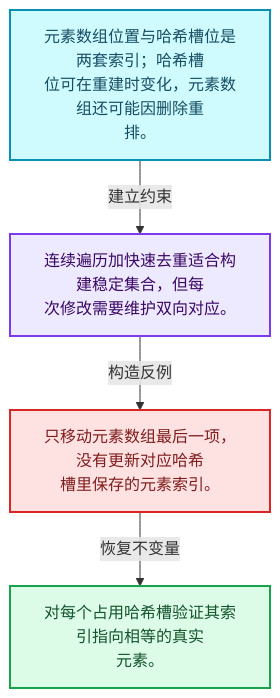
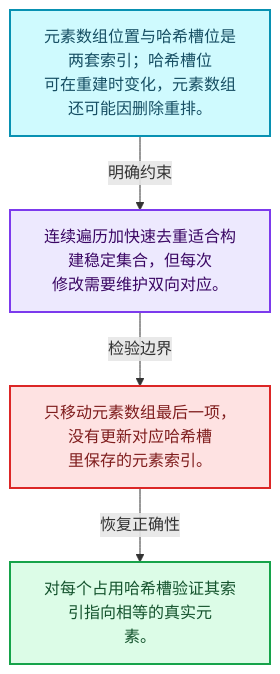
Before and after one commit to yunkezengren/blender-.vscode: the first of 4 diagrams in 杂/markdown/全面学习-codex/01-基础容器与现代CPP/14-VectorSet稳定索引与去重.md, drawn with Mermaid. The commit also changed other lines of this file and 1930 other files, not shown here.

````diff
--- a/杂/markdown/全面学习-codex/01-基础容器与现代CPP/14-VectorSet稳定索引与去重.md
+++ b/杂/markdown/全面学习-codex/01-基础容器与现代CPP/14-VectorSet稳定索引与去重.md
@@ -29,16 +29,16 @@
 ```mermaid
 flowchart TB
-  M["元素数组位置与哈希槽位是两套索引；哈希槽<br/>位可在重建时变化，元素数组还可能因删除重<br/>排。"]:::data
-  T["连续遍历加快速去重适合构建稳定集合，但每<br/>次修改需要维护双向对应。"]:::abstraction
-  X["只移动元素数组最后一项，没有更新对应哈希<br/>槽里保存的元素索引。"]:::error
-  A["对每个占用哈希槽验证其索引指向相等的真实<br/>元素。"]:::result
-  M -->|"建立约束"| T
-  T -->|"构造反例"| X
-  X -->|"恢复不变量"| A
+  M["元素数组位置与哈希槽位是两套索引；哈希槽位<br/>可在重建时变化，元素数组还可能因删除重排。"]:::data
+  C["连续遍历加快速去重适合构建稳定集合，但每次<br/>修改需要维护双向对应。"]:::abstraction
+  B["只移动元素数组最后一项，没有更新对应哈希槽<br/>里保存的元素索引。"]:::error
+  R["对每个占用哈希槽验证其索引指向相等的真实元<br/>素。"]:::result
+  M -->|"明确约束"| C
+  C -->|"检验边界"| B
+  B -->|"恢复正确性"| R
   classDef input fill:#DBEAFE,stroke:#2563EB,color:#172554,stroke-width:2px;
   classDef data fill:#CFFAFE,stroke:#0891B2,color:#164E63,stroke-width:2px;
   classDef abstraction fill:#EDE9FE,stroke:#7C3AED,color:#3B0764,stroke-width:2px;
   classDef compute fill:#FEF3C7,stroke:#D97706,color:#78350F,stroke-width:2px;
   classDef result fill:#DCFCE7,stroke:#16A34A,color:#14532D,stroke-width:2px;
   classDef error fill:#FEE2E2,stroke:#DC2626,color:#7F1D1D,stroke-width:2px;
 ```
````
